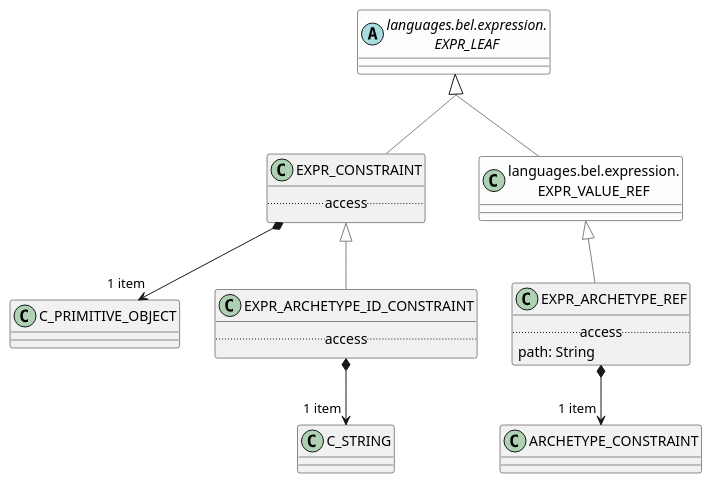
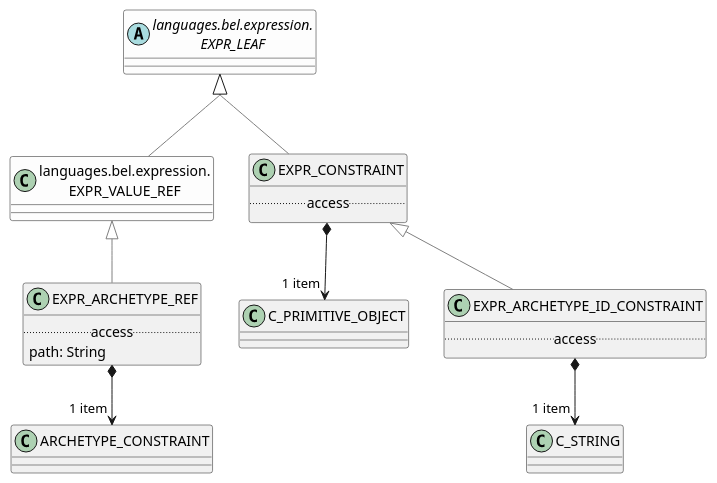
The diagram in modules/ROOT/examples/bmm/languages/aom2/rules/rules-package-uml.adoc (wolandscat/openehr-doc), drawn with PlantUML before and after one commit. The commit also changed other lines of this file and 293 other files, not shown here.

Commit message:
Regen with tweaks to UML output and correct metatypes for nested generics.

```diff
--- a/modules/ROOT/examples/bmm/languages/aom2/rules/rules-package-uml.adoc
+++ b/modules/ROOT/examples/bmm/languages/aom2/rules/rules-package-uml.adoc
@@ -3,41 +3,41 @@
 [plantuml,opts=interactive,link=self]
 ....
 skinparam groupInheritance 2
 skinparam citedClassColor #FDFDFD
 
 
 EXPR_VALUE_REF -[#gray]up-|> EXPR_LEAF  
-
-class EXPR_ARCHETYPE_REF [[/openehr-doc/latest/languages/aom2-gen.html#_class_expr_archetype_ref]] {
-        .. access ..
-        path: String
-}
-
-EXPR_ARCHETYPE_REF -[#gray]up-|> EXPR_VALUE_REF  
-
-
-EXPR_ARCHETYPE_REF *--> "1 item" ARCHETYPE_CONSTRAINT
 
 class EXPR_CONSTRAINT [[/openehr-doc/latest/languages/aom2-gen.html#_class_expr_constraint]] {
         .. access ..
 }
 
 EXPR_CONSTRAINT -[#gray]up-|> EXPR_LEAF  
 
 
 EXPR_CONSTRAINT *--> "1 item" C_PRIMITIVE_OBJECT
 
 class EXPR_ARCHETYPE_ID_CONSTRAINT [[/openehr-doc/latest/languages/aom2-gen.html#_class_expr_archetype_id_constraint]] {
         .. access ..
 }
 
 EXPR_ARCHETYPE_ID_CONSTRAINT -[#gray]up-|> EXPR_CONSTRAINT  
 
 
 EXPR_ARCHETYPE_ID_CONSTRAINT *--> "1 item" C_STRING
+
+class EXPR_ARCHETYPE_REF [[/openehr-doc/latest/languages/aom2-gen.html#_class_expr_archetype_ref]] {
+        .. access ..
+        path: String
+}
+
+EXPR_ARCHETYPE_REF -[#gray]up-|> EXPR_VALUE_REF  
+
+
+EXPR_ARCHETYPE_REF *--> "1 item" ARCHETYPE_CONSTRAINT
+abstract class "languages.bel.expression.\nEXPR_LEAF" as EXPR_LEAF  [[/openehr-doc/latest/languages/bel-gen.html#_class_expr_leaf]] #FDFDFD {
+}
 class "languages.bel.expression.\nEXPR_VALUE_REF" as EXPR_VALUE_REF  [[/openehr-doc/latest/languages/bel-gen.html#_class_expr_value_ref]] #FDFDFD {
-}
-abstract class "languages.bel.expression.\nEXPR_LEAF" as EXPR_LEAF  [[/openehr-doc/latest/languages/bel-gen.html#_class_expr_leaf]] #FDFDFD {
 }
 
 ....
```
